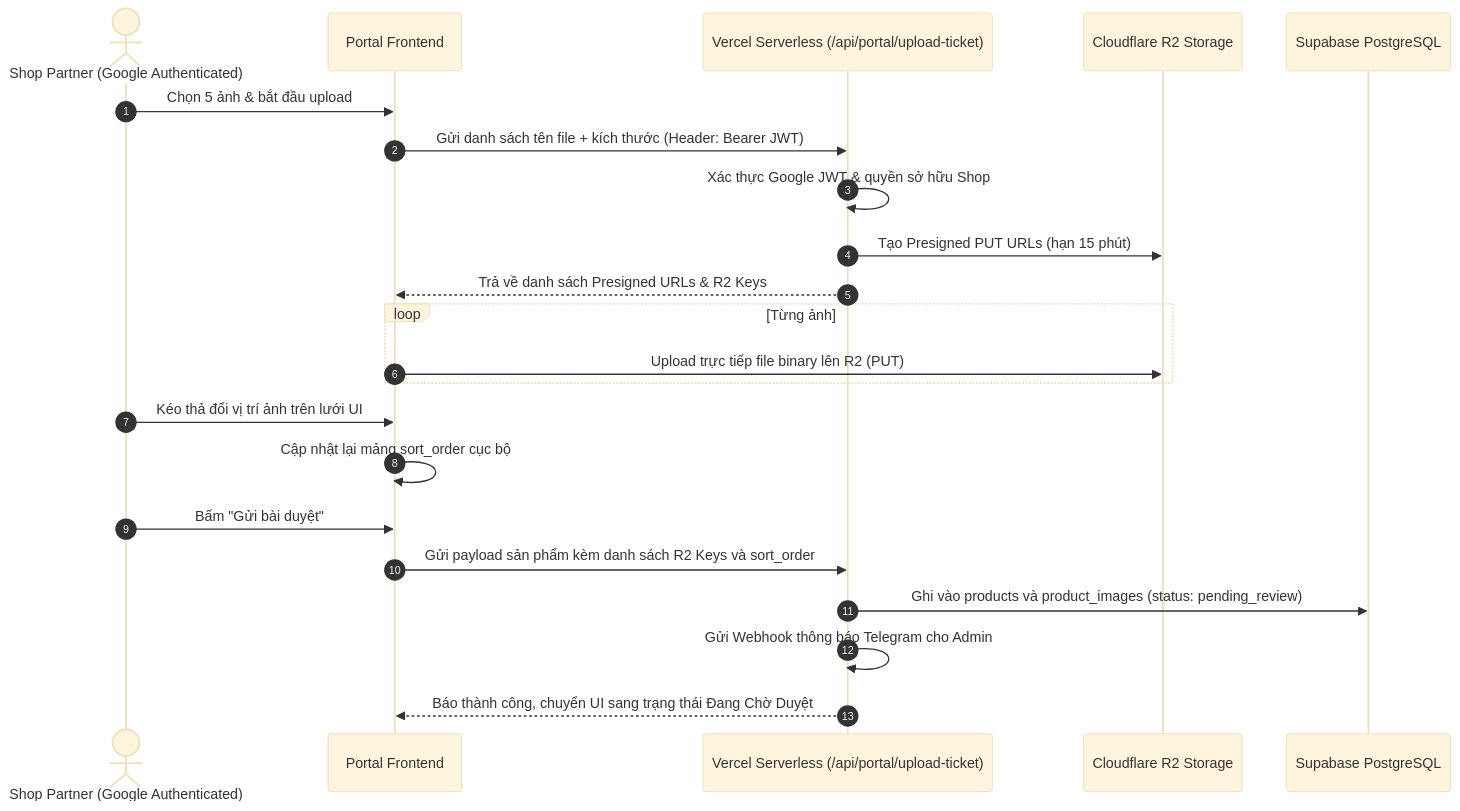
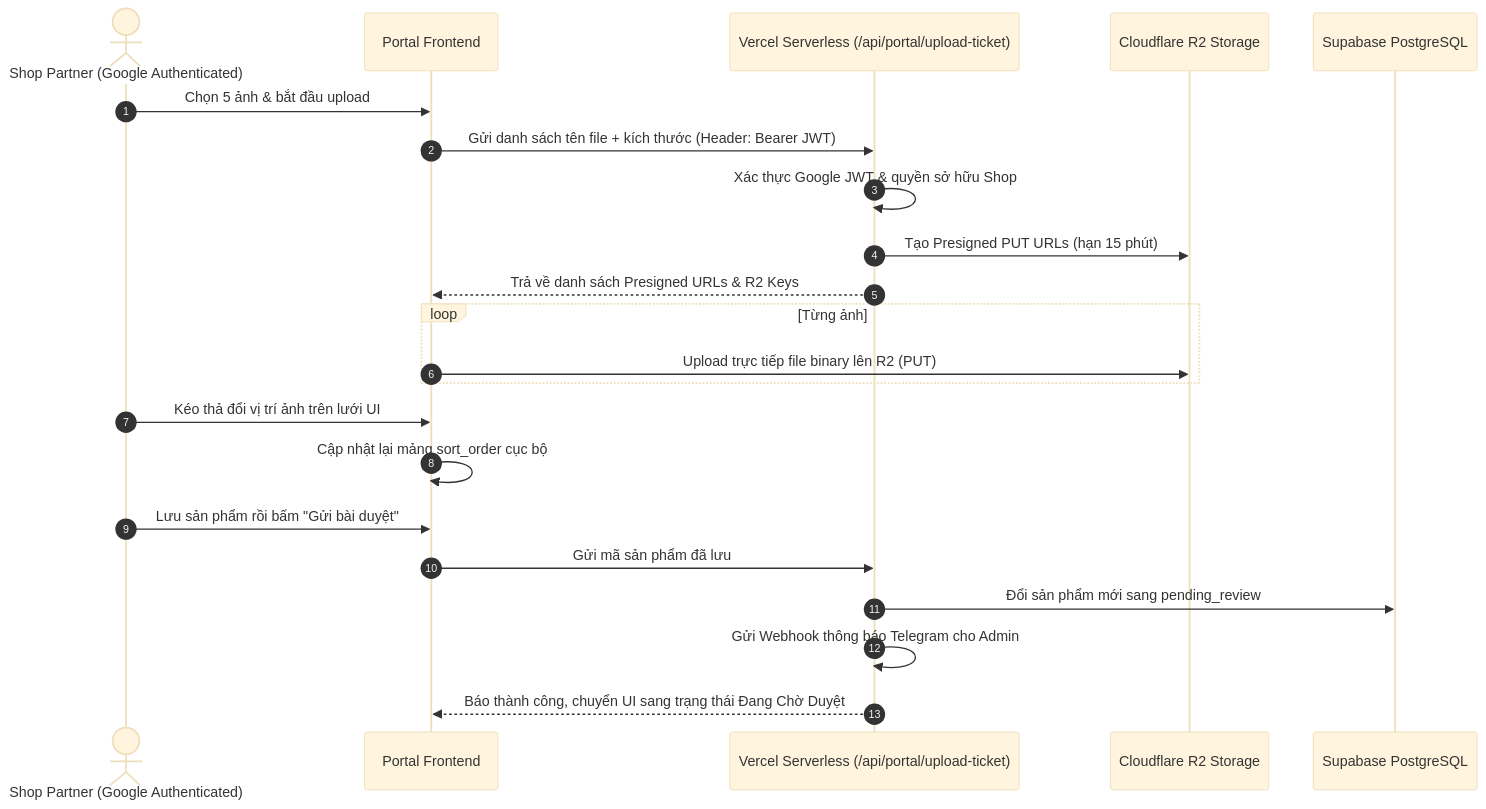
Before and after one commit to lelocle3924/ti-coolture: the first of 2 diagrams in docs/BACKEND-SRS.md, drawn with Mermaid (base theme). The commit also changed other lines of this file and 7 other files, not shown here.

````diff
--- a/docs/BACKEND-SRS.md
+++ b/docs/BACKEND-SRS.md
@@ -129,25 +129,25 @@
   ```mermaid
   sequenceDiagram
     autonumber
     actor Shop as Shop Partner (Google Authenticated)
     participant FE as Portal Frontend
     participant API as Vercel Serverless (/api/portal/upload-ticket)
     participant R2 as Cloudflare R2 Storage
     participant DB as Supabase PostgreSQL
 
     Shop->>FE: Chọn 5 ảnh & bắt đầu upload
     FE->>API: Gửi danh sách tên file + kích thước (Header: Bearer JWT)
     API->>API: Xác thực Google JWT & quyền sở hữu Shop
     API->>R2: Tạo Presigned PUT URLs (hạn 15 phút)
     API-->>FE: Trả về danh sách Presigned URLs & R2 Keys
     loop Từng ảnh
       FE->>R2: Upload trực tiếp file binary lên R2 (PUT)
     end
     Shop->>FE: Kéo thả đổi vị trí ảnh trên lưới UI
     FE->>FE: Cập nhật lại mảng sort_order cục bộ
-    Shop->>FE: Bấm "Gửi bài duyệt"
-    FE->>API: Gửi payload sản phẩm kèm danh sách R2 Keys và sort_order
-    API->>DB: Ghi vào products và product_images (status: pending_review)
+    Shop->>FE: Lưu sản phẩm rồi bấm "Gửi bài duyệt"
+    FE->>API: Gửi mã sản phẩm đã lưu
+    API->>DB: Đổi sản phẩm mới sang pending_review
     API->>API: Gửi Webhook thông báo Telegram cho Admin
     API-->>FE: Báo thành công, chuyển UI sang trạng thái Đang Chờ Duyệt
   ```
````
